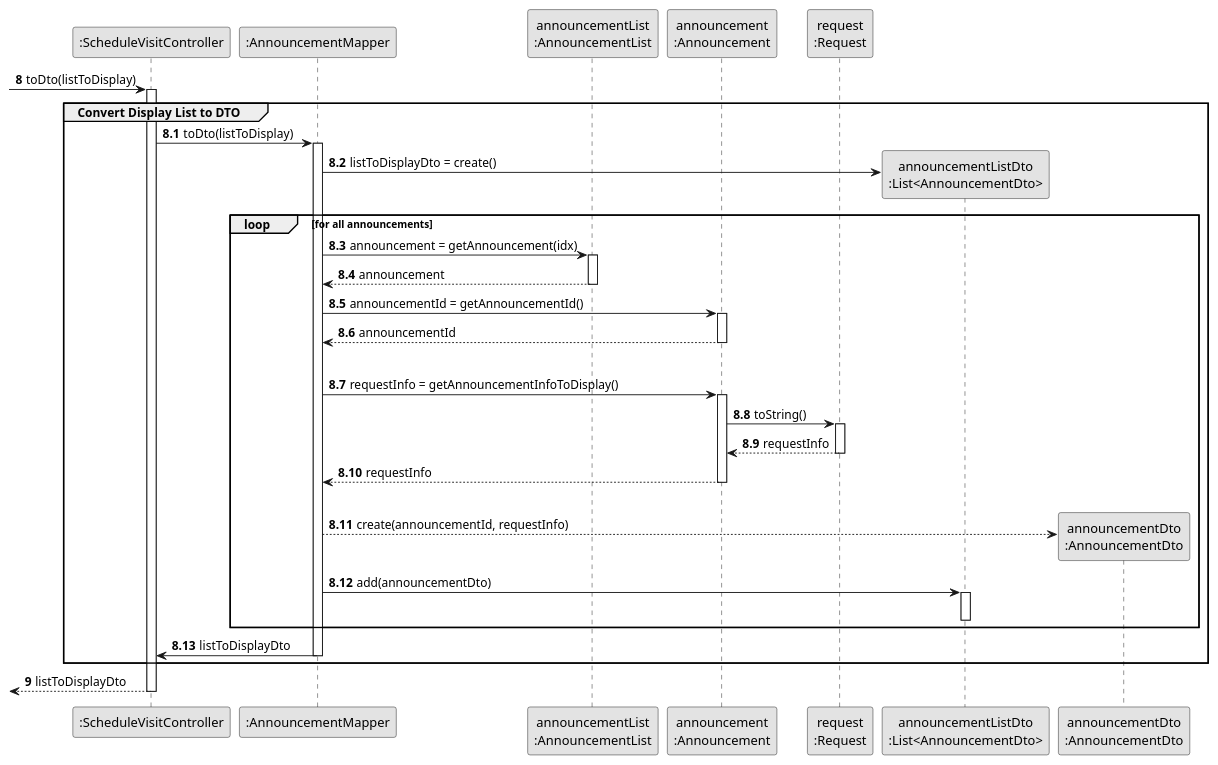
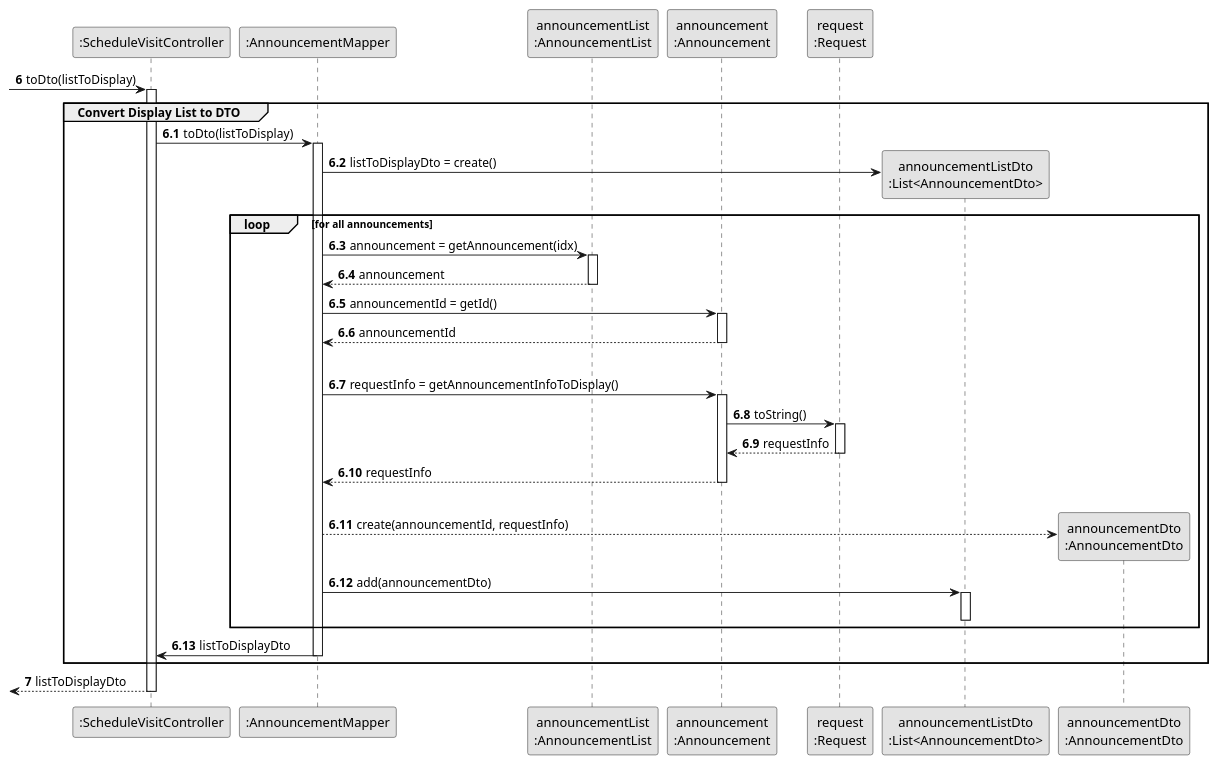
One commit to rita-barbosa/LAPR2-2223 changed the diagram in docs/sprintC/us009/03.design/puml/us009-sequence-diagram-partial-convert-display-list-to-DTO.puml. Above: the diagram before and after it, drawn with PlantUML. The commit also changed 5 other files, not shown here.

```diff
--- a/docs/sprintC/us009/03.design/puml/us009-sequence-diagram-partial-convert-display-list-to-DTO.puml
+++ b/docs/sprintC/us009/03.design/puml/us009-sequence-diagram-partial-convert-display-list-to-DTO.puml
@@ -1,75 +1,75 @@
 @startuml
 skinparam monochrome true
 skinparam packageStyle rectangle
 skinparam shadowing false
 
 
 participant ":ScheduleVisitController" as CTRL
 participant ":AnnouncementMapper" as MAPPER
 participant "announcementList\n:AnnouncementList" as LISTCLASS
 participant "announcement\n:Announcement" as ANNOUNCE
 participant "request\n:Request" as REQUEST
 participant "announcementListDto\n:List<AnnouncementDto>" as LISTDTO
 participant "announcementDto\n:AnnouncementDto" as ANCDTO
 
 
-autonumber 8
+autonumber 6
 
  -> CTRL : toDto(listToDisplay)
 
 activate CTRL
 
-    autonumber 8.1
+    autonumber 6.1
 
     group Convert Display List to DTO
 
         CTRL -> MAPPER : toDto(listToDisplay)
         activate MAPPER
 
         MAPPER -> LISTDTO** : listToDisplayDto = create()
 
         loop for all announcements
 
         MAPPER -> LISTCLASS : announcement = getAnnouncement(idx)
         activate LISTCLASS
 
             LISTCLASS --> MAPPER : announcement
         deactivate LISTCLASS
 
-        MAPPER -> ANNOUNCE : announcementId = getAnnouncementId()
+        MAPPER -> ANNOUNCE : announcementId = getId()
         activate ANNOUNCE
 
         ANNOUNCE --> MAPPER : announcementId
         deactivate ANNOUNCE
 |||
         MAPPER -> ANNOUNCE : requestInfo = getAnnouncementInfoToDisplay()
         activate ANNOUNCE
 
             ANNOUNCE -> REQUEST : toString()
             activate REQUEST
 
                 REQUEST --> ANNOUNCE : requestInfo
             deactivate REQUEST
 
             ANNOUNCE --> MAPPER : requestInfo
         deactivate ANNOUNCE
 |||
 
         MAPPER --> ANCDTO**: create(announcementId, requestInfo)
 
         MAPPER -> LISTDTO : add(announcementDto)
         activate LISTDTO
         deactivate LISTDTO
 
         end loop
 
         MAPPER -> CTRL : listToDisplayDto
         deactivate MAPPER
 
     end group
 
-    autonumber 9
+    autonumber 7
     <-- CTRL  : listToDisplayDto
 deactivate CTRL
 
 @enduml
```
